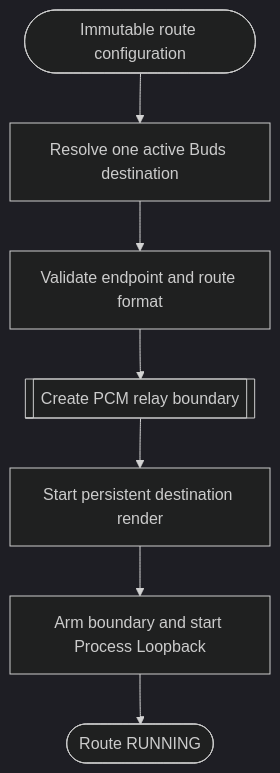
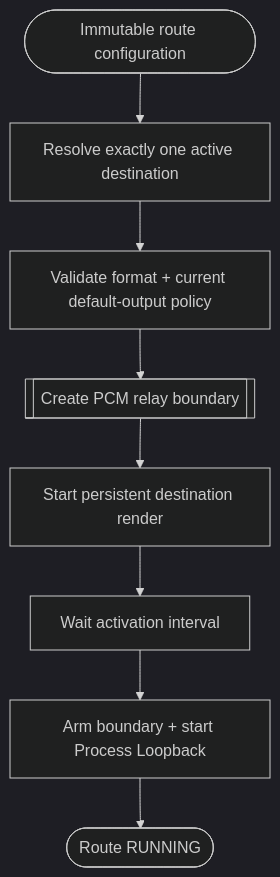
One commit to STanJK/LE-Audio-Relay changed the diagram in VF/route-session.vf.md. Above: the diagram before and after it, drawn with Mermaid (dark theme). The commit also changed other lines of this file and 10 other files, not shown here.

Commit message:
docs(vfkb): refactor current semantic graph around ownership and liveness

````diff
--- a/VF/route-session.vf.md
+++ b/VF/route-session.vf.md
@@ -93,37 +110,16 @@
 ```mermaid
 flowchart TD
-    %% vf:flow id="route-startup"
+    config(["Immutable route configuration"])
+    resolve["Resolve exactly one active destination"]
+    validate["Validate format + current default-output policy"]
 
-    %% vf:element kind="input"
-    config(["Immutable route configuration"])
-
-    %% vf:element kind="action"
-    %% vf:op call target="resolver.FindUniqueActiveRender" args="configuration.DestinationMatch" source="route"
-    resolve["Resolve one active Buds destination"]
-
-    %% vf:element kind="action"
-    %% vf:op call target="AudioFormatPolicy.ValidateDestination" args="destination" source="format"
-    validate["Validate endpoint and route format"]
-
-    %% vf:element kind="child"
     %% vf:expand node="leaudio-router.round4-shell.worker-generation.route-session.pcm-relay-boundary"
     boundary[["Create PCM relay boundary"]]
 
-    %% vf:element kind="action"
-    %% vf:op call target="session._render.Start" source="route"
-    render_start["Start persistent destination render"]
-
-    %% vf:element kind="action"
-    %% vf:op call target="session._capture.Start" source="route"
-    capture_start["Arm boundary and start Process Loopback"]
-
-    %% vf:element kind="output"
+    render["Start persistent destination render"]
+    hold["Wait activation interval"]
+    capture["Arm boundary + start Process Loopback"]
     running(["Route RUNNING"])
 
-    config --> resolve
-    resolve --> validate
-    validate --> boundary
-    boundary --> render_start
-    render_start --> capture_start
-    capture_start --> running
+    config --> resolve --> validate --> boundary --> render --> hold --> capture --> running
 ```
````
